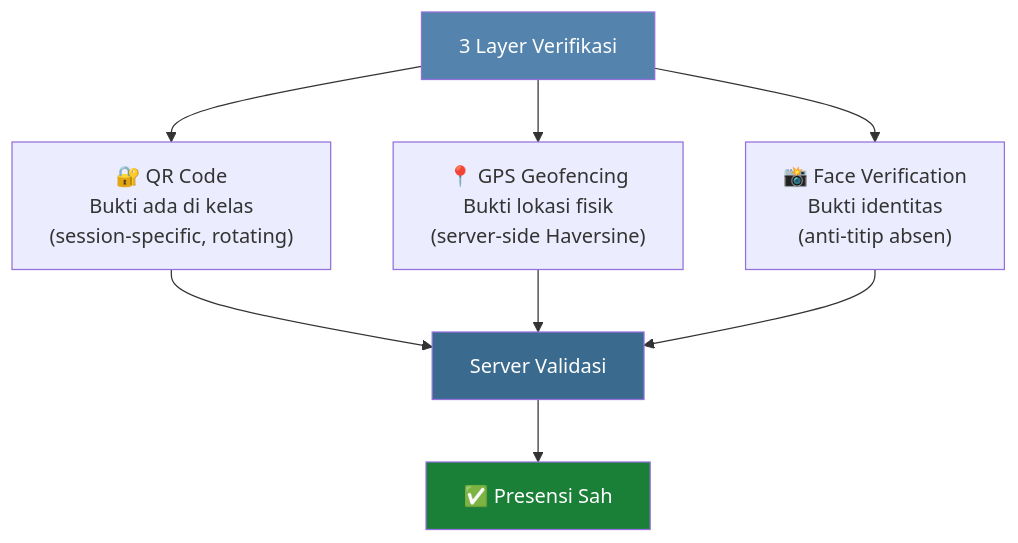
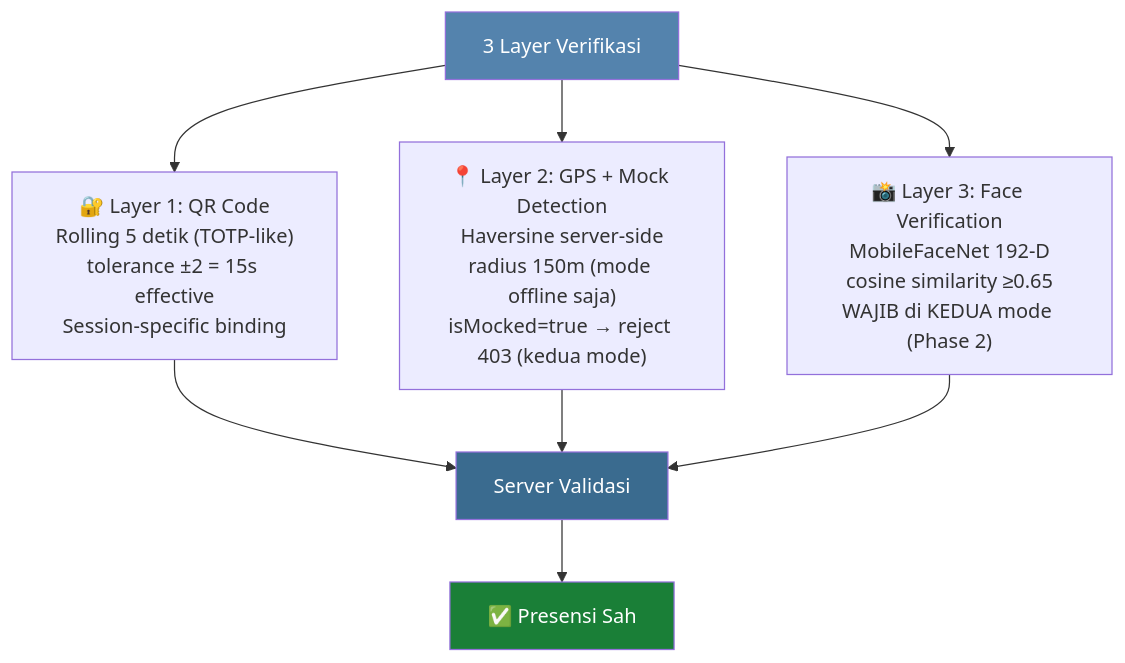
Before and after one commit to Tulus04/Projek-PBL-Semester-6: the seventh of 8 diagrams in workflow_mypresensi.md, drawn with Mermaid. The commit also changed other lines of this file and 36 other files, not shown here.

````diff
--- a/workflow_mypresensi.md
+++ b/workflow_mypresensi.md
@@ -171,15 +184,15 @@
 ```mermaid
 flowchart TD
-    S1["3 Layer Verifikasi"] --> S2["🔐 QR Code<br/>Bukti ada di kelas<br/>(session-specific, rotating)"]
-    S1 --> S3["📍 GPS Geofencing<br/>Bukti lokasi fisik<br/>(server-side Haversine)"]
-    S1 --> S4["📸 Face Verification<br/>Bukti identitas<br/>(anti-titip absen)"]
+    S1["3 Layer Verifikasi"] --> S2["🔐 Layer 1: QR Code<br/>Rolling 5 detik (TOTP-like)<br/>tolerance ±2 = 15s effective<br/>Session-specific binding"]
+    S1 --> S3["📍 Layer 2: GPS + Mock Detection<br/>Haversine server-side<br/>radius 150m (mode offline saja)<br/>isMocked=true → reject 403 (kedua mode)"]
+    S1 --> S4["📸 Layer 3: Face Verification<br/>MobileFaceNet 192-D<br/>cosine similarity ≥0.65<br/>WAJIB di KEDUA mode (Phase 2)"]
 
     S2 --> V["Server Validasi"]
     S3 --> V
     S4 --> V
     V --> R["✅ Presensi Sah"]
 
     style S1 fill:#5483AD,color:#fff
     style V fill:#3A6B8F,color:#fff
     style R fill:#1A7F37,color:#fff
 ```
````
